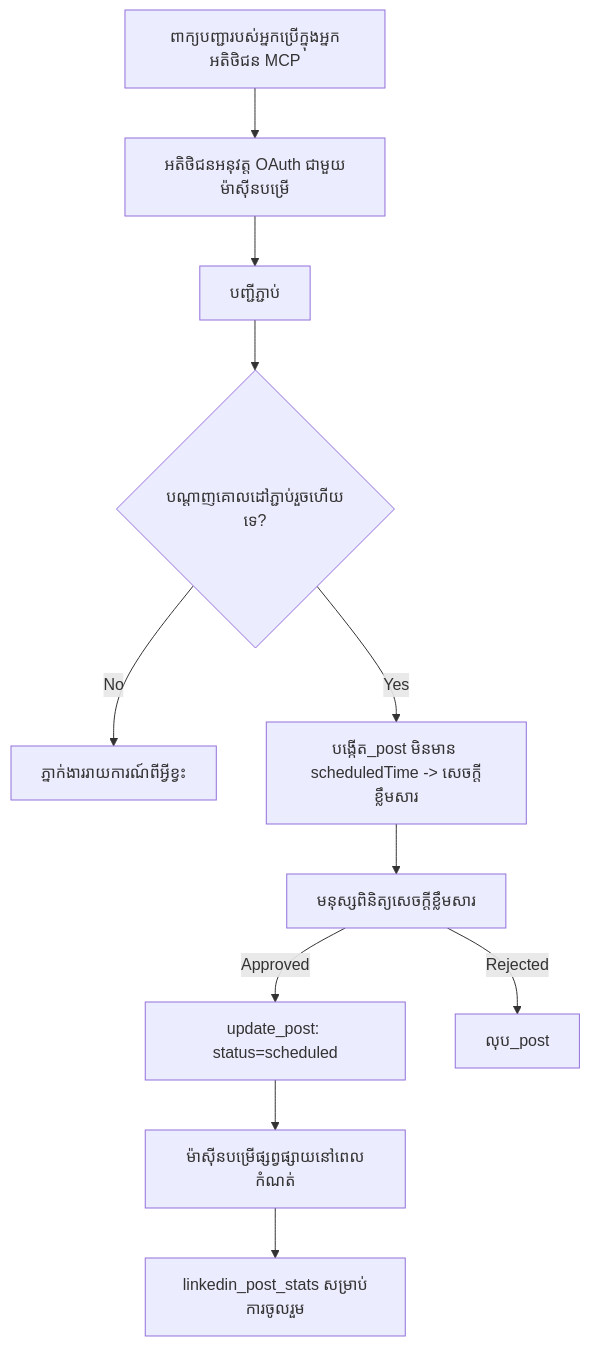
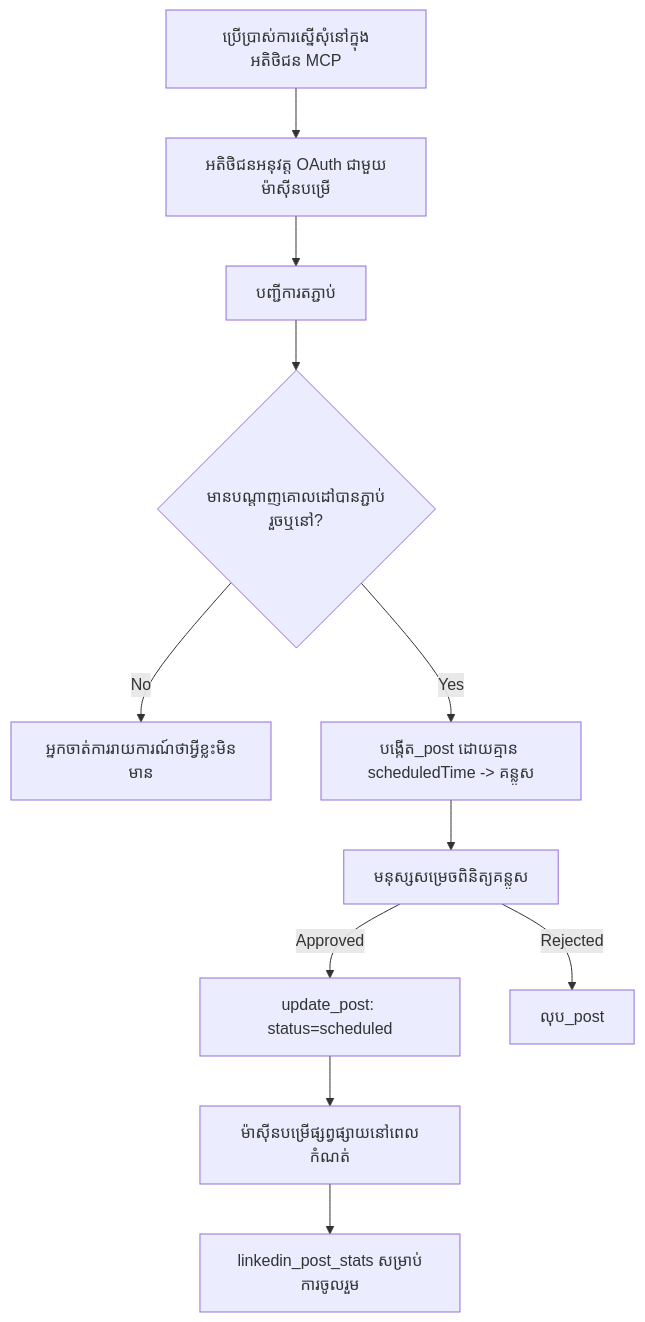
The diagram in translations/km/09-CaseStudy/publora-social-publishing.md (microsoft/mcp-for-beginners), drawn with Mermaid before and after one commit. The commit also changed other lines of this file and 43 other files, not shown here.

````diff
--- a/translations/km/09-CaseStudy/publora-social-publishing.md
+++ b/translations/km/09-CaseStudy/publora-social-publishing.md
@@ -47,13 +47,13 @@
 ```mermaid
 flowchart TD
-    A[ពាក្យបញ្ជារបស់អ្នកប្រើក្នុងអ្នកអតិថិជន MCP] --> B[អតិថិជនអនុវត្ត OAuth ជាមួយម៉ាស៊ីនបម្រើ]
-    B --> C[បញ្ជីភ្ជាប់]
-    C --> D{បណ្ដាញគោលដៅភ្ជាប់រួចហើយទេ?}
-    D -- No --> E[ភ្នាក់ងាររាយការណ៍ពីអ្វីខ្វះ]
-    D -- Yes --> F[បង្កើត_post មិនមាន scheduledTime -> សេចក្ដីខ្លឹមសារ]
-    F --> G[មនុស្សពិនិត្យសេចក្ដីខ្លឹមសារ]
+    A[ប្រើប្រាស់ការស្នើសុំនៅក្នុងអតិថិជន MCP] --> B[អតិថិជនអនុវត្ត OAuth ជាមួយម៉ាស៊ីនបម្រើ]
+    B --> C[បញ្ជីការតភ្ជាប់]
+    C --> D{មានបណ្តាញគោលដៅបានភ្ជាប់រួចឬនៅ?}
+    D -- No --> E[អ្នកចាត់ការរាយការណ៍ថាអ្វីខ្លះមិនមាន]
+    D -- Yes --> F[បង្កើត_post ដោយគ្មាន scheduledTime -> គន្លូស]
+    F --> G[មនុស្សសម្រេចពិនិត្យគន្លូស]
     G -- Approved --> H[update_post: status=scheduled]
     G -- Rejected --> I[លុប_post]
     H --> J[ម៉ាស៊ីនបម្រើផ្សព្វផ្សាយនៅពេលកំណត់]
     J --> K[linkedin_post_stats សម្រាប់ការចូលរួម]
 ```
````
